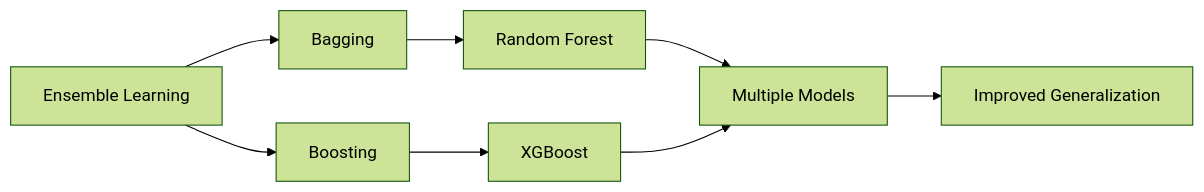
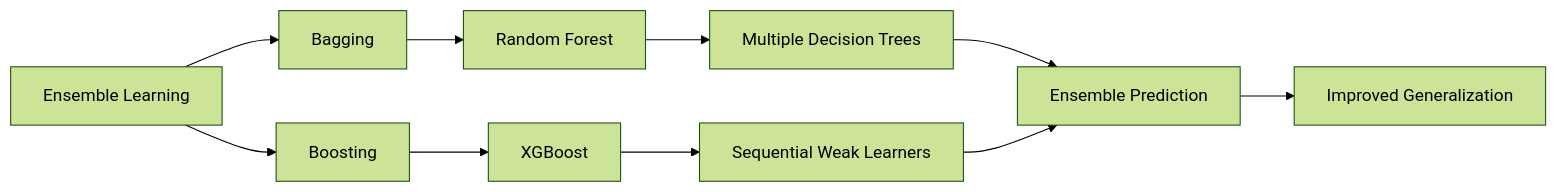
One commit to CyberWol-12/Machine_Learning_with_Python changed the third of 19 diagrams in readme.md. Above: the diagram before and after it, drawn with Mermaid (forest theme). The commit also changed other lines of this file, not shown here.

````diff
--- a/readme.md
+++ b/readme.md
@@ -549,16 +603,19 @@
 ```mermaid
 flowchart LR
 
 A[Ensemble Learning]
 
 A --> B[Bagging]
 A --> C[Boosting]
 
 B --> D[Random Forest]
 C --> E[XGBoost]
 
-D --> F[Multiple Models]
-E --> F
+D --> F[Multiple Decision Trees]
+E --> G[Sequential Weak Learners]
 
-F --> G[Improved Generalization]
+F --> H[Ensemble Prediction]
+G --> H
+
+H --> I[Improved Generalization]
 ```
````
